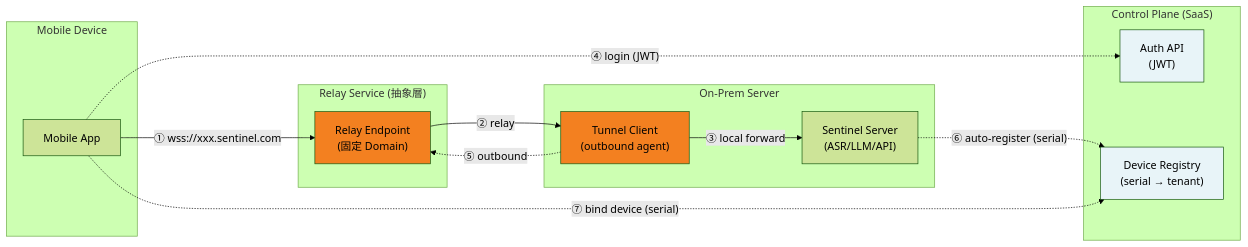
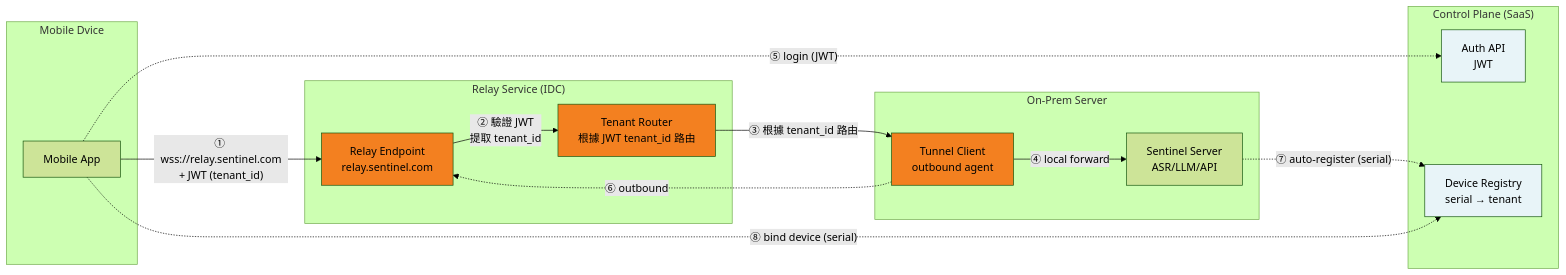
The second of 8 diagrams in connectivityArch.md (marychoucool/sentinelDesign), drawn with Mermaid (forest theme) before and after one commit. The commit also changed other lines of this file and 5 other files, not shown here.

Commit message:
decide relay tech. modify container diagram as relay change

````diff
--- a/connectivityArch.md
+++ b/connectivityArch.md
@@ -59,42 +64,45 @@
 ```mermaid
 flowchart LR
-    subgraph Mobile["Mobile Device"]
+    subgraph Mobile["Mobile Dvice"]
         App["Mobile App"]
     end
 
-    subgraph Relay["Relay Service (抽象層)"]
-        Edge["Relay Endpoint<br>(固定 Domain)"]
+    subgraph Relay["Relay Service (IDC)"]
+        Edge["Relay Endpoint<br/>relay.sentinel.com"]
+        Router["Tenant Router<br/>根據 JWT tenant_id 路由"]
     end
 
     subgraph OnPrem["On-Prem Server"]
-        TunnelClient["Tunnel Client<br>(outbound agent)"]
-        Server["Sentinel Server<br>(ASR/LLM/API)"]
+        TunnelClient["Tunnel Client<br/>outbound agent"]
+        Server["Sentinel Server<br/>ASR/LLM/API"]
     end
 
     subgraph ControlPlane["Control Plane (SaaS)"]
-        Auth["Auth API<br>(JWT)"]
-        DeviceReg["Device Registry<br>(serial → tenant)"]
+        Auth["Auth API<br/>JWT"]
+        DeviceReg["Device Registry<br/>serial → tenant"]
     end
 
     %% Normal Phase: 資料流
-    App -->|"① wss://xxx.sentinel.com"| Edge
-    Edge -->|"② relay"| TunnelClient
-    TunnelClient -->|"③ local forward"| Server
+    App -->|"① wss://relay.sentinel.com<br/>+ JWT (tenant_id)"| Edge
+    Edge -->|"② 驗證 JWT<br/>提取 tenant_id"| Router
+    Router -->|"③ 根據 tenant_id 路由"| TunnelClient
+    TunnelClient -->|"④ local forward"| Server
 
     %% Auth: 控制流
-    App -.->|"④ login (JWT)"| Auth
+    App -.->|"⑤ login (JWT)"| Auth
 
     %% Server: 維持 tunnel
-    TunnelClient -.->|"⑤ outbound"| Edge
+    TunnelClient -.->|"⑥ outbound"| Edge
 
     %% Server auto-register
-    Server -.->|"⑥ auto-register (serial)"| DeviceReg
+    Server -.->|"⑦ auto-register (serial)"| DeviceReg
 
     %% Admin bind device
-    App -.->|"⑦ bind device (serial)"| DeviceReg
+    App -.->|"⑧ bind device (serial)"| DeviceReg
 
     style Edge fill:#f38020
+    style Router fill:#f38020
     style TunnelClient fill:#f38020
     style Auth fill:#e8f4f8
     style DeviceReg fill:#e8f4f8
 ```
````
